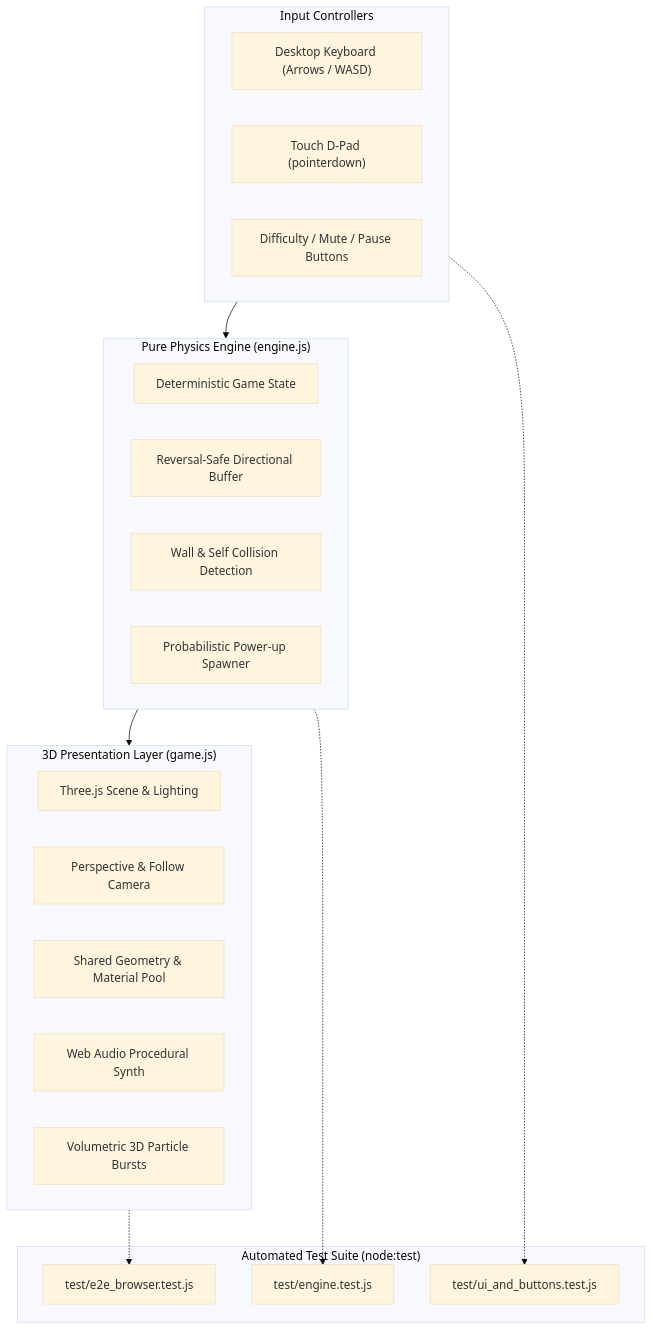
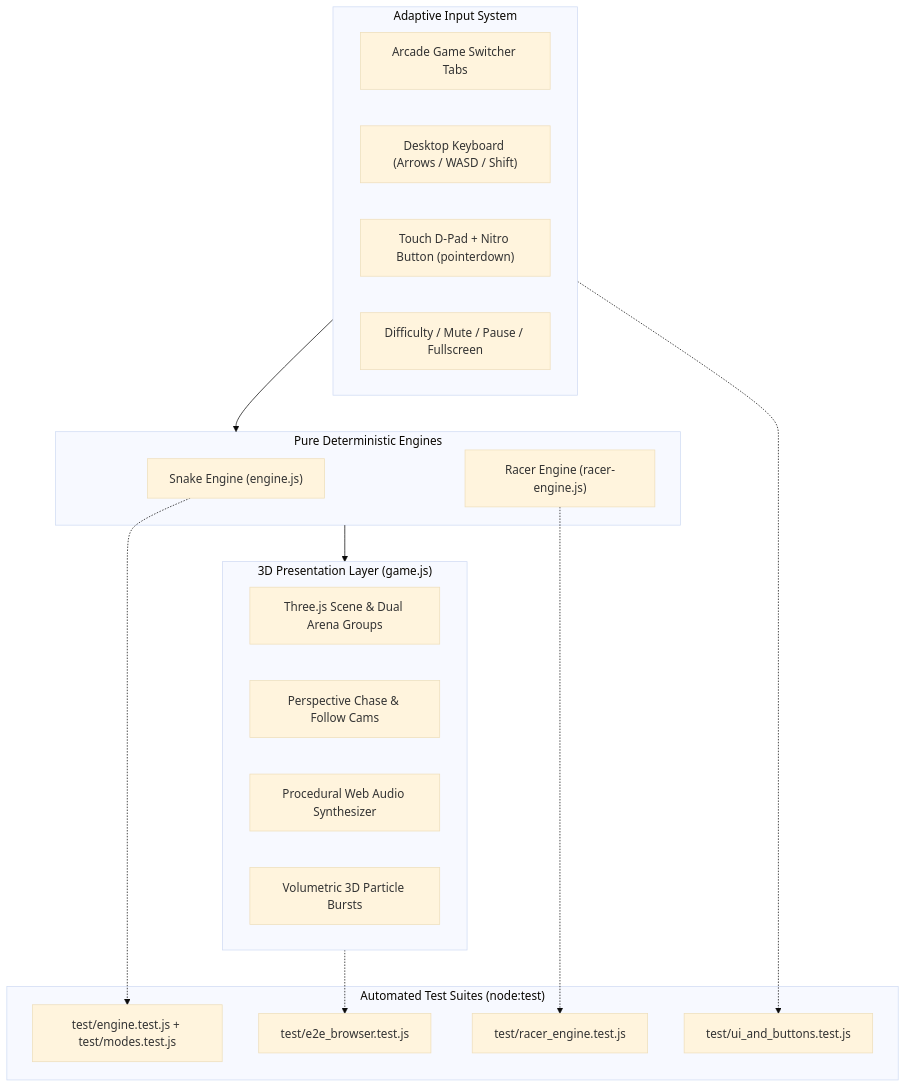
The diagram in README.md (adarshkshitij/cyber-arcade-3d), drawn with Mermaid (base theme) before and after one commit. The commit also changed other lines of this file and 10 other files, not shown here.

Commit message:
feat(arcade): add 3D Cyber Highway Racer, multi-game switcher, and privacy cleanup

````diff
--- a/README.md
+++ b/README.md
@@ -58,35 +63,35 @@
 ```mermaid
 flowchart TD
-    subgraph CoreEngine ["Pure Physics Engine (engine.js)"]
-        State["Deterministic Game State"]
-        Movement["Reversal-Safe Directional Buffer"]
-        Collision["Wall & Self Collision Detection"]
-        FoodSpawn["Probabilistic Power-up Spawner"]
+    subgraph CoreEngines ["Pure Deterministic Engines"]
+        SnakeEng["Snake Engine (engine.js)"]
+        RacerEng["Racer Engine (racer-engine.js)"]
     end
 
     subgraph Renderer ["3D Presentation Layer (game.js)"]
-        Scene3D["Three.js Scene & Lighting"]
-        CameraControl["Perspective & Follow Camera"]
-        MeshPool["Shared Geometry & Material Pool"]
-        AudioSynth["Web Audio Procedural Synth"]
+        Scene3D["Three.js Scene & Dual Arena Groups"]
+        CameraControl["Perspective Chase & Follow Cams"]
+        AudioSynth["Procedural Web Audio Synthesizer"]
         ParticleSystem["Volumetric 3D Particle Bursts"]
     end
 
-    subgraph Inputs ["Input Controllers"]
-        Keyboard["Desktop Keyboard (Arrows / WASD)"]
-        DPad["Touch D-Pad (pointerdown)"]
-        HUD["Difficulty / Mute / Pause Buttons"]
+    subgraph Inputs ["Adaptive Input System"]
+        ArcadeTabs["Arcade Game Switcher Tabs"]
+        Keyboard["Desktop Keyboard (Arrows / WASD / Shift)"]
+        DPad["Touch D-Pad + Nitro Button (pointerdown)"]
+        HUD["Difficulty / Mute / Pause / Fullscreen"]
     end
 
-    subgraph TestHarness ["Automated Test Suite (node:test)"]
-        UnitTests["test/engine.test.js"]
+    subgraph TestHarness ["Automated Test Suites (node:test)"]
+        SnakeTests["test/engine.test.js + test/modes.test.js"]
+        RacerTests["test/racer_engine.test.js"]
         ButtonTests["test/ui_and_buttons.test.js"]
         ChromeE2E["test/e2e_browser.test.js"]
     end
 
-    Inputs --> CoreEngine
-    CoreEngine --> Renderer
-    CoreEngine -.-> UnitTests
+    Inputs --> CoreEngines
+    CoreEngines --> Renderer
+    SnakeEng -.-> SnakeTests
+    RacerEng -.-> RacerTests
     Inputs -.-> ButtonTests
     Renderer -.-> ChromeE2E
 ```
````
